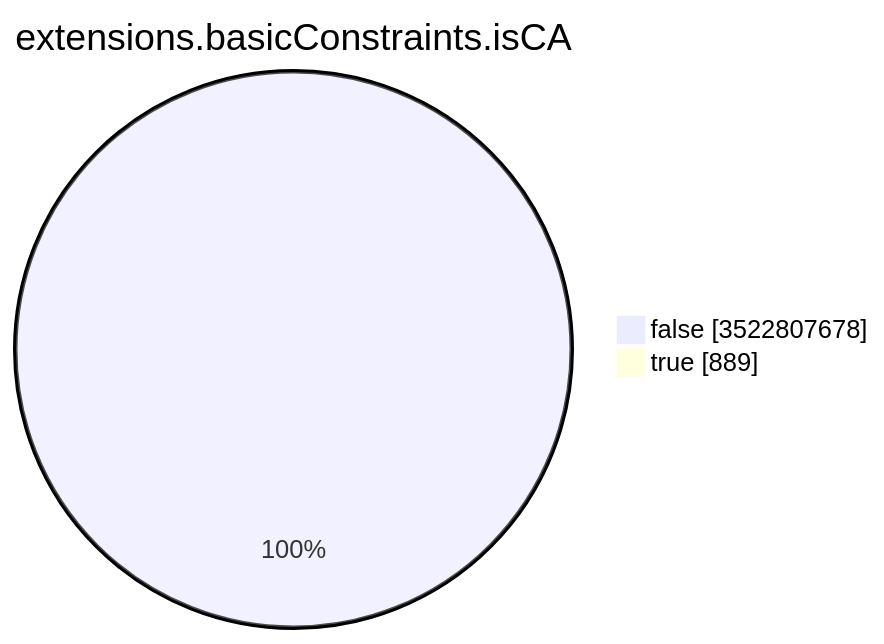
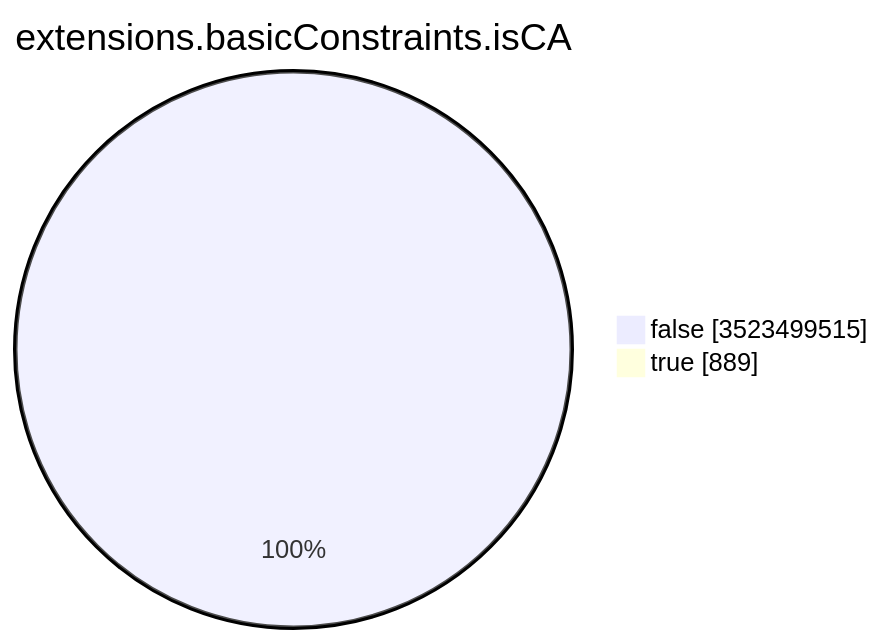
The seventh of 15 diagrams in TOTAL/README.md (christiankrug/ctmonitor_visualization), drawn with Mermaid before and after one commit. The commit also changed other lines of this file, not shown here.

````diff
--- a/TOTAL/README.md
+++ b/TOTAL/README.md
@@ -3094,6 +3094,6 @@
 ```mermaid
 pie showData
 title extensions.basicConstraints.isCA
-"false" :3522807678
+"false" :3523499515
 "true" :889
 ```
````
